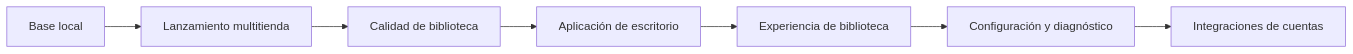
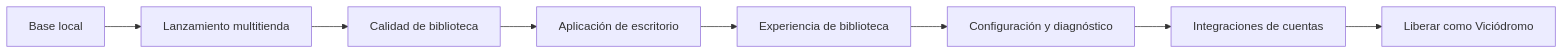
The diagram in docs/plan-de-trabajo.md (jmiguez78/games-meta-launcher), drawn with Mermaid before and after one commit. The commit also changed other lines of this file and 12 other files, not shown here.

````diff
--- a/docs/plan-de-trabajo.md
+++ b/docs/plan-de-trabajo.md
@@ -5,9 +5,10 @@
 ```mermaid
 flowchart LR
   A[Base local] --> B[Lanzamiento multitienda]
   B --> C[Calidad de biblioteca]
   C --> D[Aplicación de escritorio]
   D --> E[Experiencia de biblioteca]
   E --> F[Configuración y diagnóstico]
   F --> G[Integraciones de cuentas]
+  G --> H[Liberar como Viciódromo]
 ```
````
